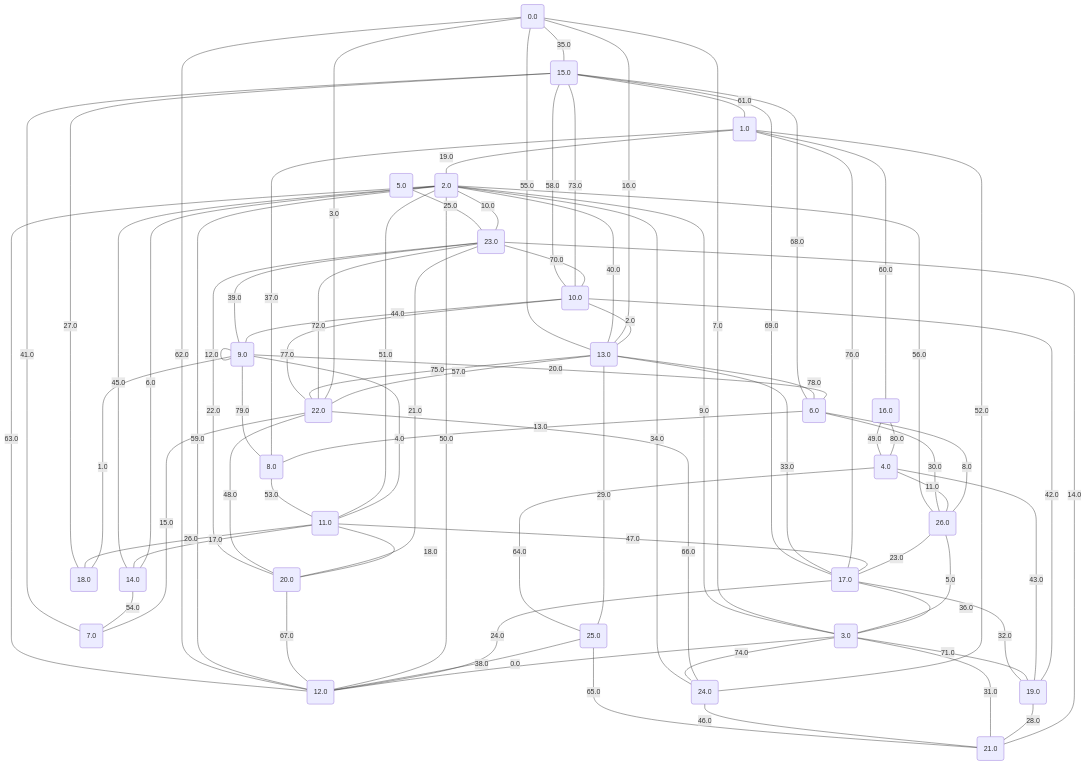
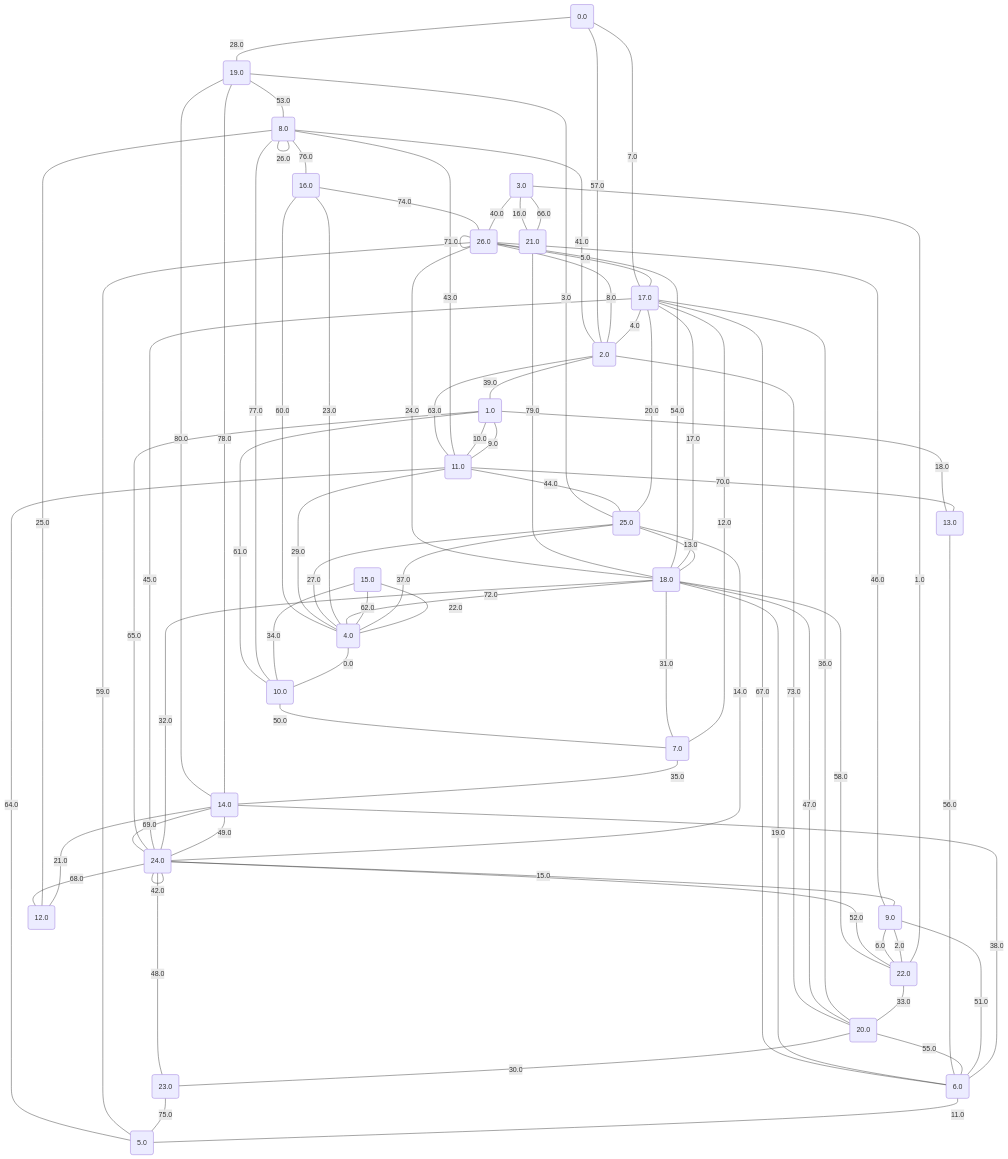
One commit to metury/graphs changed the diagram in project/src/testing/graphs/22.md. Above: the diagram before and after it, drawn with Mermaid. The commit also changed 52 other files, not shown here.

````diff
--- a/project/src/testing/graphs/22.md
+++ b/project/src/testing/graphs/22.md
@@ -27,85 +27,85 @@
 24("24.0");
 25("25.0");
 26("26.0");
-	3 -- "0.0" --- 12;
-	9 -- "1.0" --- 18;
-	10 -- "2.0" --- 13;
-	22 -- "3.0" --- 0;
-	9 -- "4.0" --- 11;
-	3 -- "5.0" --- 26;
-	2 -- "6.0" --- 14;
-	3 -- "7.0" --- 0;
-	6 -- "8.0" --- 26;
-	3 -- "9.0" --- 2;
-	2 -- "10.0" --- 23;
-	4 -- "11.0" --- 26;
-	9 -- "12.0" --- 9;
-	6 -- "13.0" --- 8;
-	23 -- "14.0" --- 21;
-	22 -- "15.0" --- 7;
-	13 -- "16.0" --- 0;
-	11 -- "17.0" --- 14;
-	11 -- "18.0" --- 20;
-	1 -- "19.0" --- 2;
-	9 -- "20.0" --- 6;
-	23 -- "21.0" --- 20;
-	20 -- "22.0" --- 23;
-	26 -- "23.0" --- 17;
-	17 -- "24.0" --- 12;
-	5 -- "25.0" --- 23;
-	11 -- "26.0" --- 18;
-	18 -- "27.0" --- 15;
-	19 -- "28.0" --- 21;
-	13 -- "29.0" --- 25;
-	6 -- "30.0" --- 26;
-	3 -- "31.0" --- 21;
-	19 -- "32.0" --- 17;
-	17 -- "33.0" --- 13;
-	24 -- "34.0" --- 2;
-	0 -- "35.0" --- 15;
-	17 -- "36.0" --- 3;
-	1 -- "37.0" --- 8;
-	25 -- "38.0" --- 12;
-	9 -- "39.0" --- 23;
-	13 -- "40.0" --- 2;
-	7 -- "41.0" --- 15;
-	10 -- "42.0" --- 19;
-	4 -- "43.0" --- 19;
-	10 -- "44.0" --- 9;
-	14 -- "45.0" --- 2;
-	24 -- "46.0" --- 21;
-	11 -- "47.0" --- 17;
-	22 -- "48.0" --- 20;
-	4 -- "49.0" --- 16;
-	2 -- "50.0" --- 12;
-	2 -- "51.0" --- 11;
-	1 -- "52.0" --- 24;
-	8 -- "53.0" --- 11;
-	14 -- "54.0" --- 7;
-	13 -- "55.0" --- 0;
-	2 -- "56.0" --- 26;
-	13 -- "57.0" --- 22;
-	10 -- "58.0" --- 15;
-	12 -- "59.0" --- 2;
-	1 -- "60.0" --- 16;
-	15 -- "61.0" --- 1;
-	12 -- "62.0" --- 0;
-	12 -- "63.0" --- 2;
-	4 -- "64.0" --- 25;
-	25 -- "65.0" --- 21;
-	22 -- "66.0" --- 24;
-	20 -- "67.0" --- 12;
-	6 -- "68.0" --- 15;
-	17 -- "69.0" --- 15;
-	23 -- "70.0" --- 10;
-	3 -- "71.0" --- 19;
-	22 -- "72.0" --- 23;
-	15 -- "73.0" --- 10;
-	3 -- "74.0" --- 24;
-	22 -- "75.0" --- 13;
-	1 -- "76.0" --- 17;
-	22 -- "77.0" --- 10;
-	13 -- "78.0" --- 6;
-	9 -- "79.0" --- 8;
-	16 -- "80.0" --- 4;
+	4 -- "0.0" --- 10;
+	3 -- "1.0" --- 22;
+	9 -- "2.0" --- 22;
+	25 -- "3.0" --- 19;
+	17 -- "4.0" --- 2;
+	26 -- "5.0" --- 17;
+	9 -- "6.0" --- 22;
+	17 -- "7.0" --- 0;
+	26 -- "8.0" --- 2;
+	1 -- "9.0" --- 11;
+	1 -- "10.0" --- 11;
+	6 -- "11.0" --- 5;
+	17 -- "12.0" --- 7;
+	25 -- "13.0" --- 18;
+	25 -- "14.0" --- 24;
+	24 -- "15.0" --- 9;
+	21 -- "16.0" --- 3;
+	17 -- "17.0" --- 18;
+	13 -- "18.0" --- 1;
+	6 -- "19.0" --- 18;
+	17 -- "20.0" --- 25;
+	14 -- "21.0" --- 12;
+	15 -- "22.0" --- 4;
+	4 -- "23.0" --- 16;
+	18 -- "24.0" --- 26;
+	8 -- "25.0" --- 12;
+	8 -- "26.0" --- 8;
+	4 -- "27.0" --- 25;
+	0 -- "28.0" --- 19;
+	4 -- "29.0" --- 11;
+	20 -- "30.0" --- 23;
+	18 -- "31.0" --- 7;
+	24 -- "32.0" --- 18;
+	22 -- "33.0" --- 20;
+	15 -- "34.0" --- 10;
+	7 -- "35.0" --- 14;
+	17 -- "36.0" --- 20;
+	25 -- "37.0" --- 4;
+	14 -- "38.0" --- 6;
+	2 -- "39.0" --- 1;
+	3 -- "40.0" --- 26;
+	2 -- "41.0" --- 8;
+	24 -- "42.0" --- 24;
+	11 -- "43.0" --- 8;
+	11 -- "44.0" --- 25;
+	24 -- "45.0" --- 17;
+	9 -- "46.0" --- 26;
+	18 -- "47.0" --- 20;
+	24 -- "48.0" --- 23;
+	14 -- "49.0" --- 24;
+	10 -- "50.0" --- 7;
+	9 -- "51.0" --- 6;
+	24 -- "52.0" --- 22;
+	19 -- "53.0" --- 8;
+	26 -- "54.0" --- 18;
+	20 -- "55.0" --- 6;
+	13 -- "56.0" --- 6;
+	0 -- "57.0" --- 2;
+	18 -- "58.0" --- 22;
+	5 -- "59.0" --- 26;
+	4 -- "60.0" --- 16;
+	10 -- "61.0" --- 1;
+	15 -- "62.0" --- 4;
+	11 -- "63.0" --- 2;
+	5 -- "64.0" --- 11;
+	24 -- "65.0" --- 1;
+	3 -- "66.0" --- 21;
+	6 -- "67.0" --- 17;
+	24 -- "68.0" --- 12;
+	24 -- "69.0" --- 14;
+	11 -- "70.0" --- 13;
+	26 -- "71.0" --- 26;
+	18 -- "72.0" --- 4;
+	20 -- "73.0" --- 2;
+	16 -- "74.0" --- 26;
+	23 -- "75.0" --- 5;
+	8 -- "76.0" --- 16;
+	8 -- "77.0" --- 10;
+	19 -- "78.0" --- 14;
+	21 -- "79.0" --- 18;
+	14 -- "80.0" --- 19;
 ```
````
